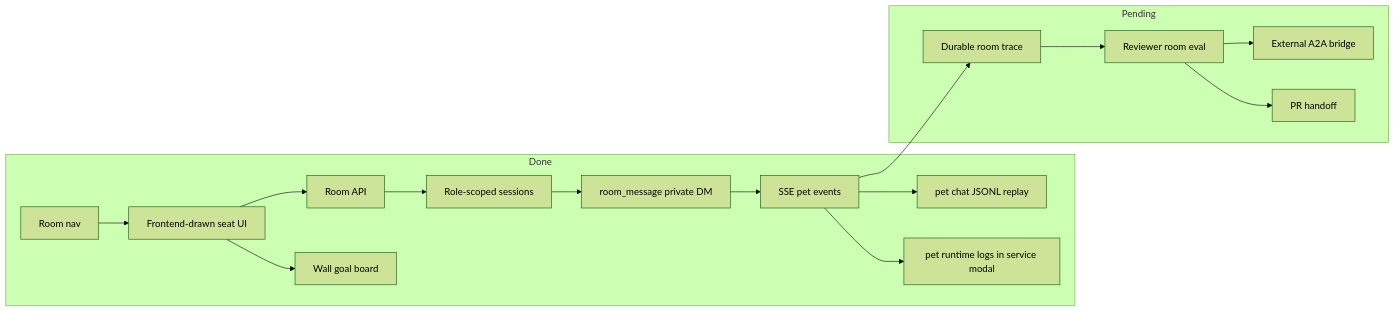
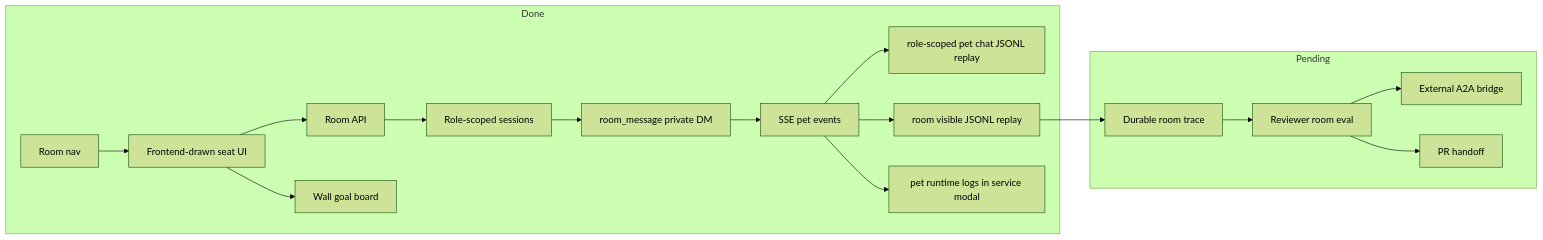
The diagram in dashboard/PLAN.md (fightheyyy/XiaoBa-CLI), drawn with Mermaid (forest theme) before and after one commit. The commit also changed other lines of this file and 155 other files, not shown here.

````diff
--- a/dashboard/PLAN.md
+++ b/dashboard/PLAN.md
@@ -11,34 +13,36 @@
 ```mermaid
 flowchart LR
     subgraph Done["Done"]
         Nav["Room nav"]
         Surface["Frontend-drawn seat UI"]
         API["Room API"]
         Scoped["Role-scoped sessions"]
         Goal["Wall goal board"]
         PM["room_message private DM"]
         Stream["SSE pet events"]
-        ChatHistory["pet chat JSONL replay"]
+        ChatHistory["role-scoped pet chat JSONL replay"]
+        RoomHistory["room visible JSONL replay"]
         Logs["pet runtime logs in service modal"]
     end
 
     subgraph Pending["Pending"]
         Durable["Durable room trace"]
         Eval["Reviewer room eval"]
         A2A["External A2A bridge"]
         PR["PR handoff"]
     end
 
     Nav --> Surface
     Surface --> API
     Surface --> Goal
     API --> Scoped
     Scoped --> PM
     PM --> Stream
     Stream --> ChatHistory
+    Stream --> RoomHistory
     Stream --> Logs
-    Stream --> Durable
+    RoomHistory --> Durable
     Durable --> Eval
     Eval --> A2A
     Eval --> PR
 ```
````
